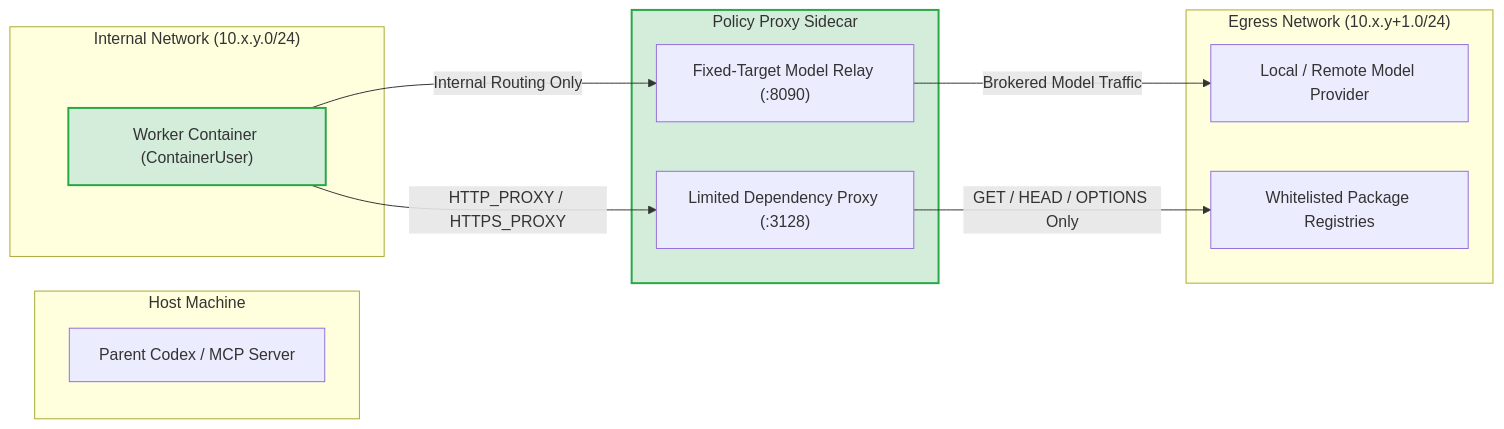
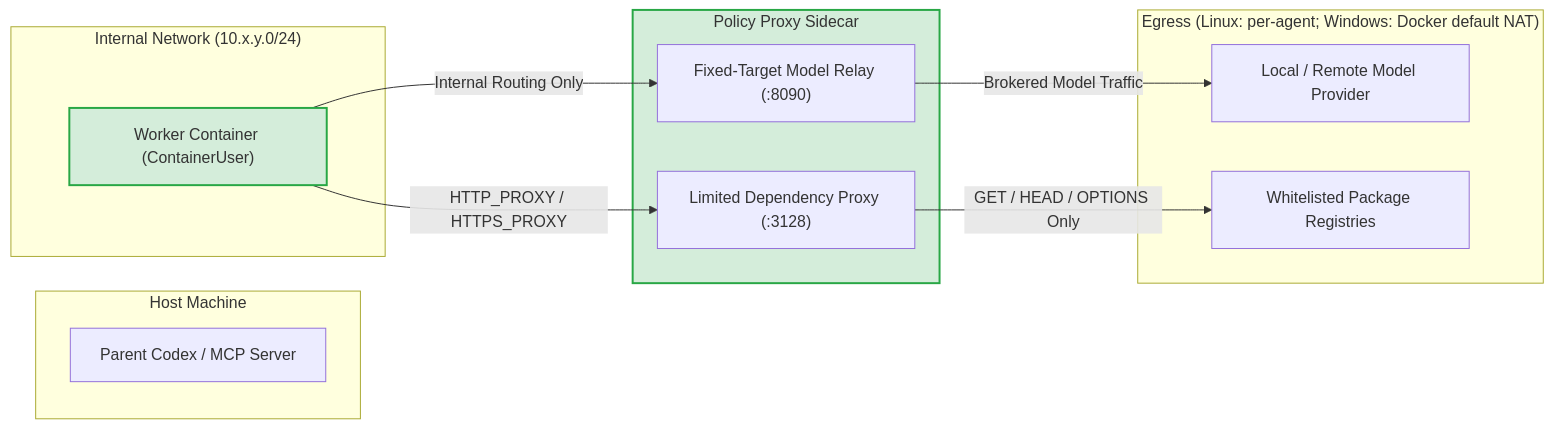
The diagram in SECURITY.md (neil-119/local-engineer-mcp), drawn with Mermaid before and after one commit. The commit also changed other lines of this file and 17 other files, not shown here.

````diff
--- a/SECURITY.md
+++ b/SECURITY.md
@@ -49,29 +51,29 @@
 ```mermaid
 flowchart LR
     subgraph Host["Host Machine"]
         P["Parent Codex / MCP Server"]
     end
 
     subgraph InternalNet["Internal Network (10.x.y.0/24)"]
         W["Worker Container (ContainerUser)"]
     end
 
     subgraph Sidecar["Policy Proxy Sidecar"]
         Relay["Fixed-Target Model Relay (:8090)"]
         Proxy["Limited Dependency Proxy (:3128)"]
     end
 
-    subgraph EgressNet["Egress Network (10.x.y+1.0/24)"]
+    subgraph EgressNet["Egress (Linux: per-agent; Windows: Docker default NAT)"]
         ExtModel["Local / Remote Model Provider"]
         ExtDep["Whitelisted Package Registries"]
     end
 
     W -- "Internal Routing Only" --> Relay
     W -- "HTTP_PROXY / HTTPS_PROXY" --> Proxy
     Relay -- "Brokered Model Traffic" --> ExtModel
     Proxy -- "GET / HEAD / OPTIONS Only" --> ExtDep
 
     classDef blocked fill:#f9d5d5,stroke:#d9534f,stroke-width:2px;
     classDef secure fill:#d4edda,stroke:#28a745,stroke-width:2px;
     class W,Sidecar secure;
 ```
````
